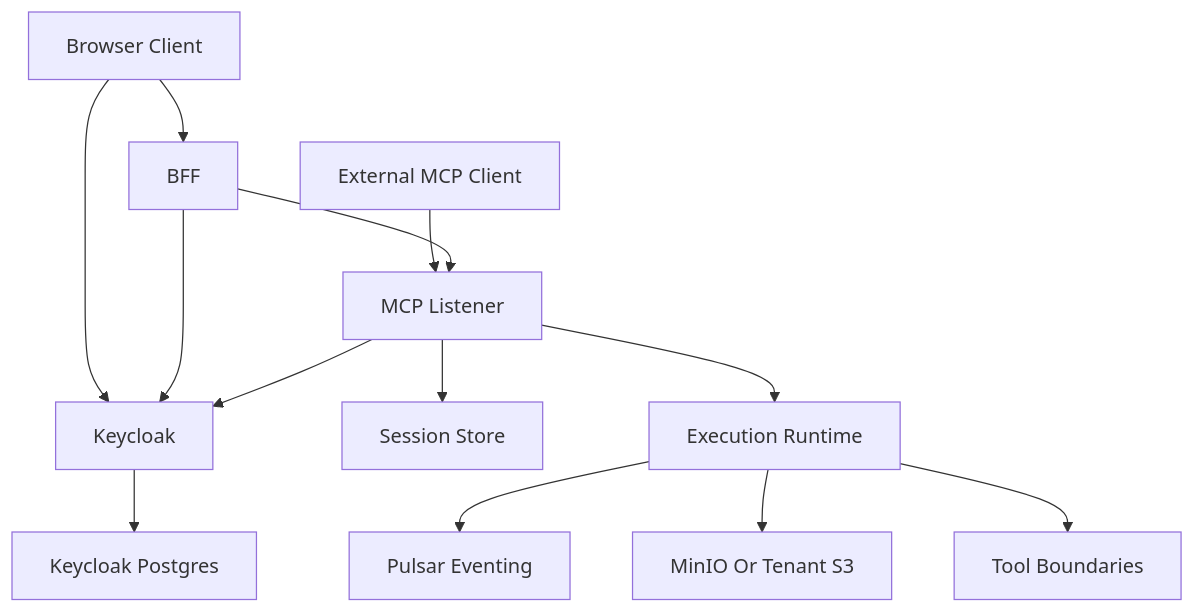
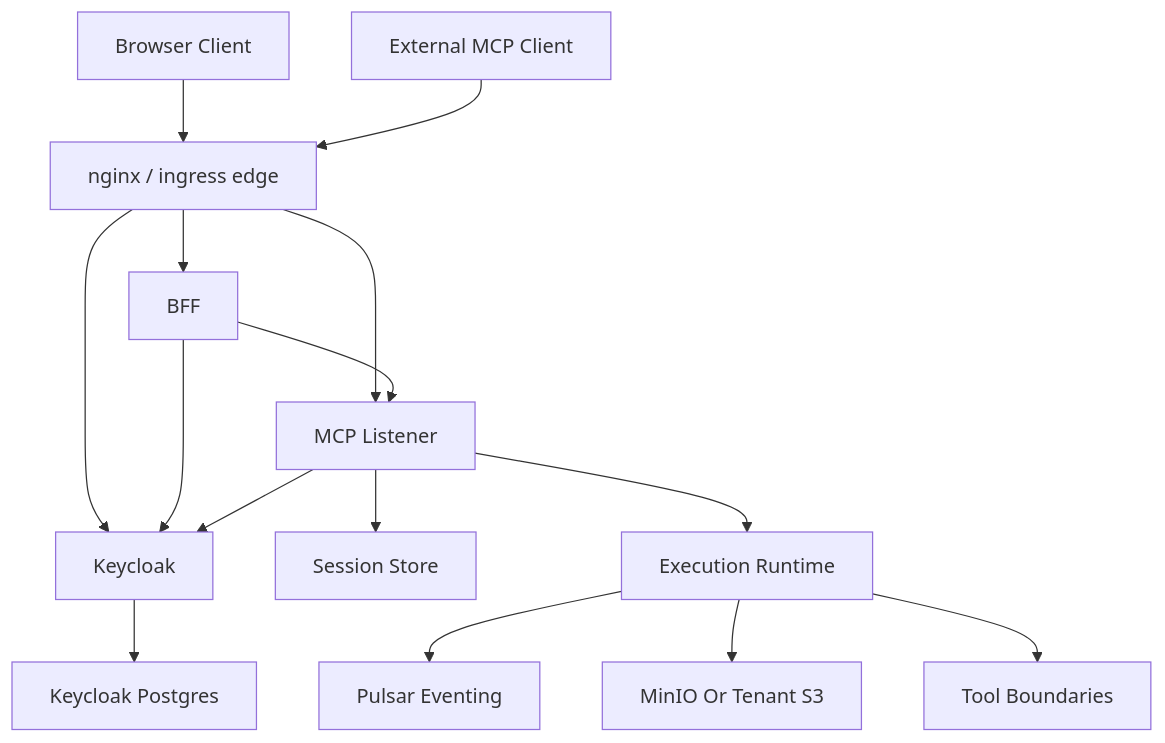
One commit to Tuee22/studioMCP changed the diagram in documents/architecture/overview.md. Above: the diagram before and after it, drawn with Mermaid. The commit also changed other lines of this file and 92 other files, not shown here.

````diff
--- a/documents/architecture/overview.md
+++ b/documents/architecture/overview.md
@@ -27,15 +27,17 @@
 ```mermaid
 flowchart TB
-  Browser[Browser Client] --> BFF[BFF]
-  External[External MCP Client] --> MCP[MCP Listener]
-  Browser --> Keycloak[Keycloak]
+  Browser[Browser Client] --> Edge[nginx / ingress edge]
+  External[External MCP Client] --> Edge
+  Edge --> BFF[BFF]
+  Edge --> MCP[MCP Listener]
+  Edge --> Keycloak[Keycloak]
   BFF --> Keycloak
   BFF --> MCP
   MCP --> Keycloak
   MCP --> Redis[Session Store]
   MCP --> Runtime[Execution Runtime]
   Runtime --> Pulsar[Pulsar Eventing]
   Runtime --> Storage[MinIO Or Tenant S3]
   Runtime --> Tools[Tool Boundaries]
   Keycloak --> Postgres[Keycloak Postgres]
 ```
````
